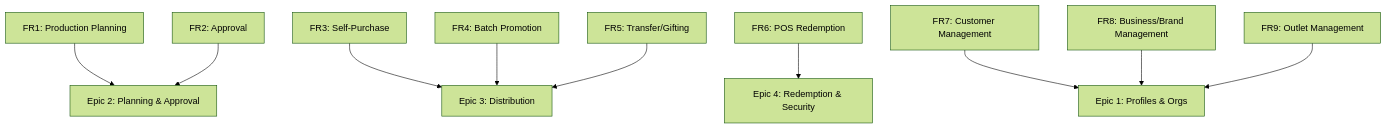
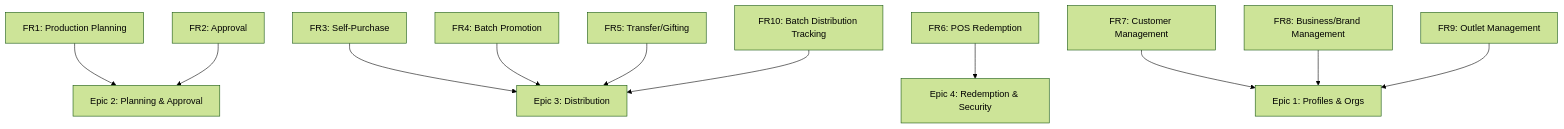
Before and after one commit to lamhongbac/NonCash: the ninth of 9 diagrams in .qoder/repowiki/en/content/Business Logic and Workflows/Multi-Channel Distribution System.md, drawn with Mermaid (forest theme). The commit also changed other lines of this file and 111 other files, not shown here.

````diff
--- a/.qoder/repowiki/en/content/Business Logic and Workflows/Multi-Channel Distribution System.md
+++ b/.qoder/repowiki/en/content/Business Logic and Workflows/Multi-Channel Distribution System.md
@@ -308,12 +391,13 @@
 ```mermaid
 graph TB
 FR1["FR1: Production Planning"] --> Epic2["Epic 2: Planning & Approval"]
 FR2["FR2: Approval"] --> Epic2
 FR3["FR3: Self-Purchase"] --> Epic3["Epic 3: Distribution"]
 FR4["FR4: Batch Promotion"] --> Epic3
 FR5["FR5: Transfer/Gifting"] --> Epic3
 FR6["FR6: POS Redemption"] --> Epic4["Epic 4: Redemption & Security"]
 FR7["FR7: Customer Management"] --> Epic1["Epic 1: Profiles & Orgs"]
 FR8["FR8: Business/Brand Management"] --> Epic1
 FR9["FR9: Outlet Management"] --> Epic1
+FR10["FR10: Batch Distribution Tracking"] --> Epic3
 ```
````
